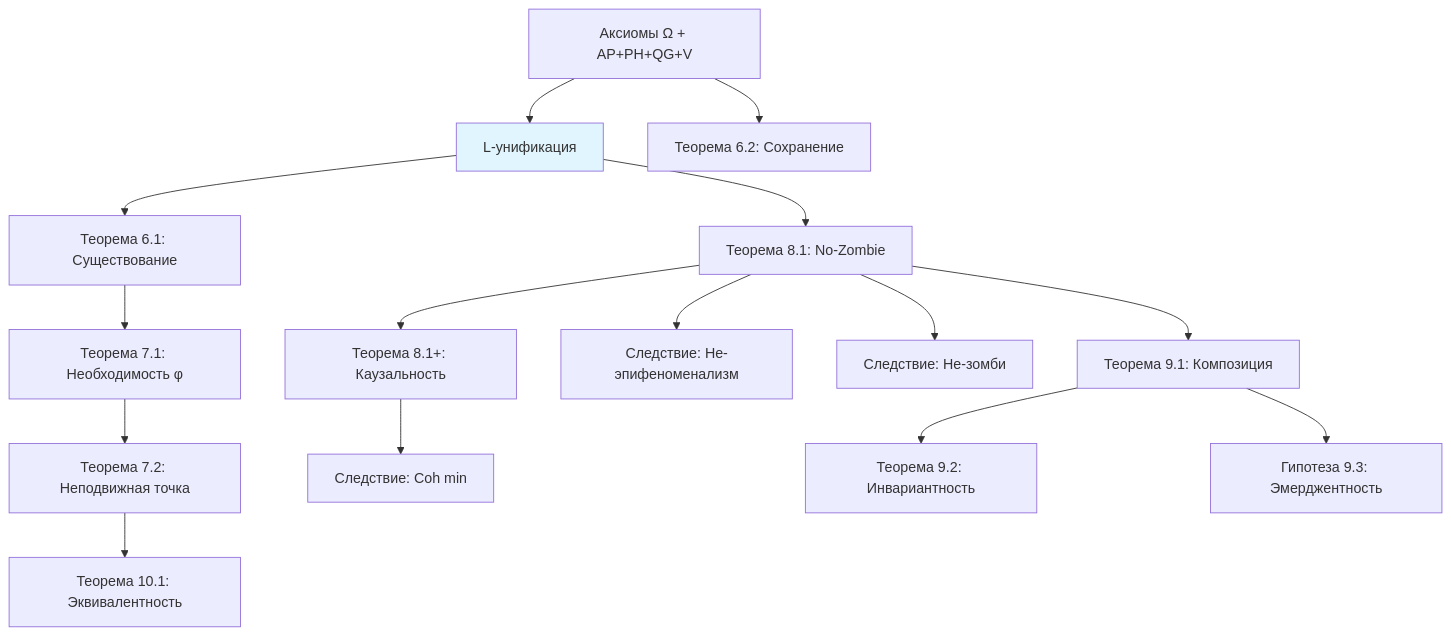
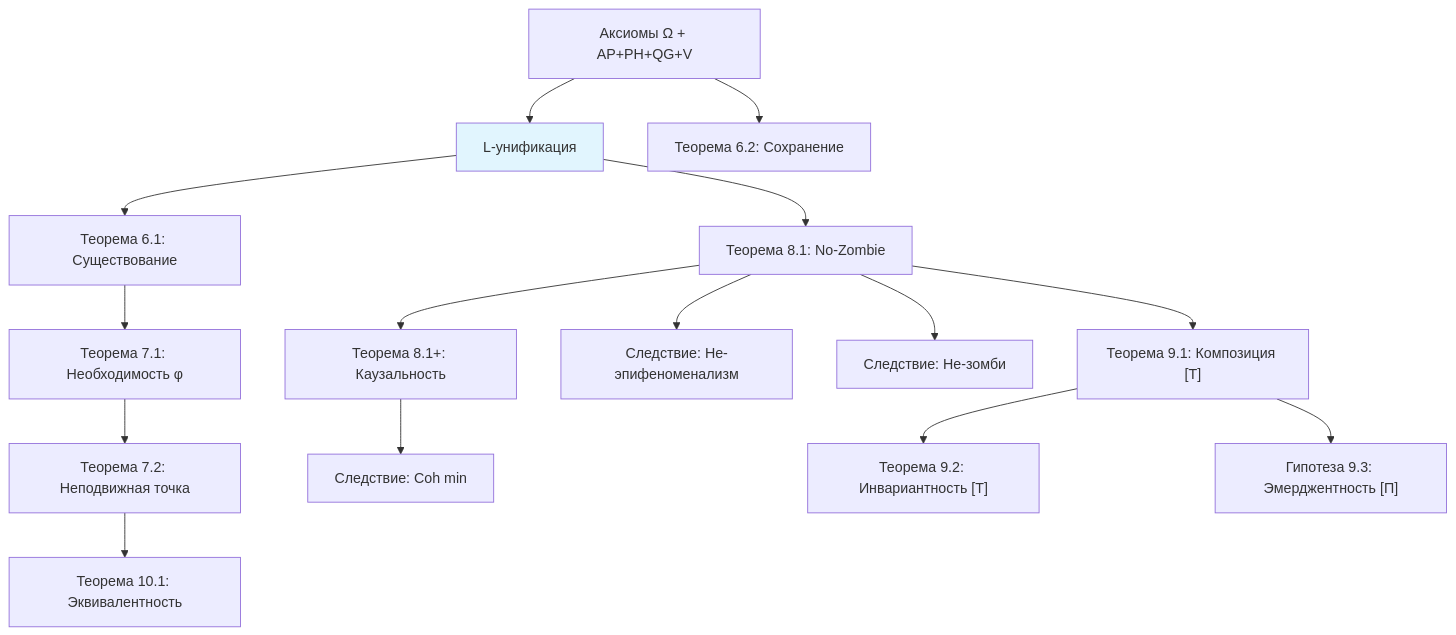
One commit to uhm-theory/holon changed the diagram in website/docs/applied/coherence-cybernetics/theorems.md. Above: the diagram before and after it, drawn with Mermaid. The commit also changed other lines of this file and 36 other files, not shown here.

````diff
--- a/website/docs/applied/coherence-cybernetics/theorems.md
+++ b/website/docs/applied/coherence-cybernetics/theorems.md
@@ -328,19 +401,19 @@
 ```mermaid
 graph TD
     A["Аксиомы Ω + AP+PH+QG+V"] --> LU["L-унификация"]
     LU --> T61["Теорема 6.1: Существование"]
     A --> T62["Теорема 6.2: Сохранение"]
     T61 --> T71["Теорема 7.1: Необходимость φ"]
     T71 --> T72["Теорема 7.2: Неподвижная точка"]
     LU --> T81["Теорема 8.1: No-Zombie"]
     T81 --> T81P["Теорема 8.1+: Каузальность"]
     T81 --> C811["Следствие: Не-эпифеноменализм"]
     T81 --> C812["Следствие: Не-зомби"]
     T81P --> C813["Следствие: Coh min"]
-    T81 --> T91["Теорема 9.1: Композиция"]
-    T91 --> T92["Теорема 9.2: Инвариантность"]
-    T91 --> T93["Гипотеза 9.3: Эмерджентность"]
+    T81 --> T91["Теорема 9.1: Композиция [Т]"]
+    T91 --> T92["Теорема 9.2: Инвариантность [Т]"]
+    T91 --> T93["Гипотеза 9.3: Эмерджентность [П]"]
     T72 --> T101["Теорема 10.1: Эквивалентность"]
 
     style LU fill:#e1f5fe
 ```
````
